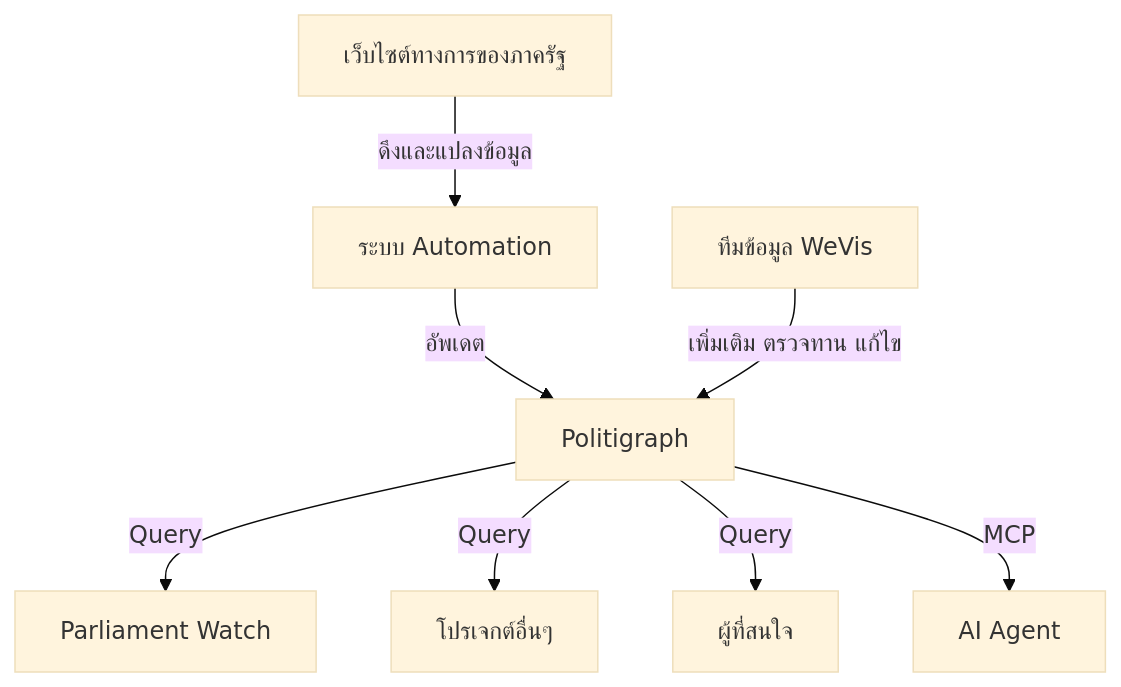
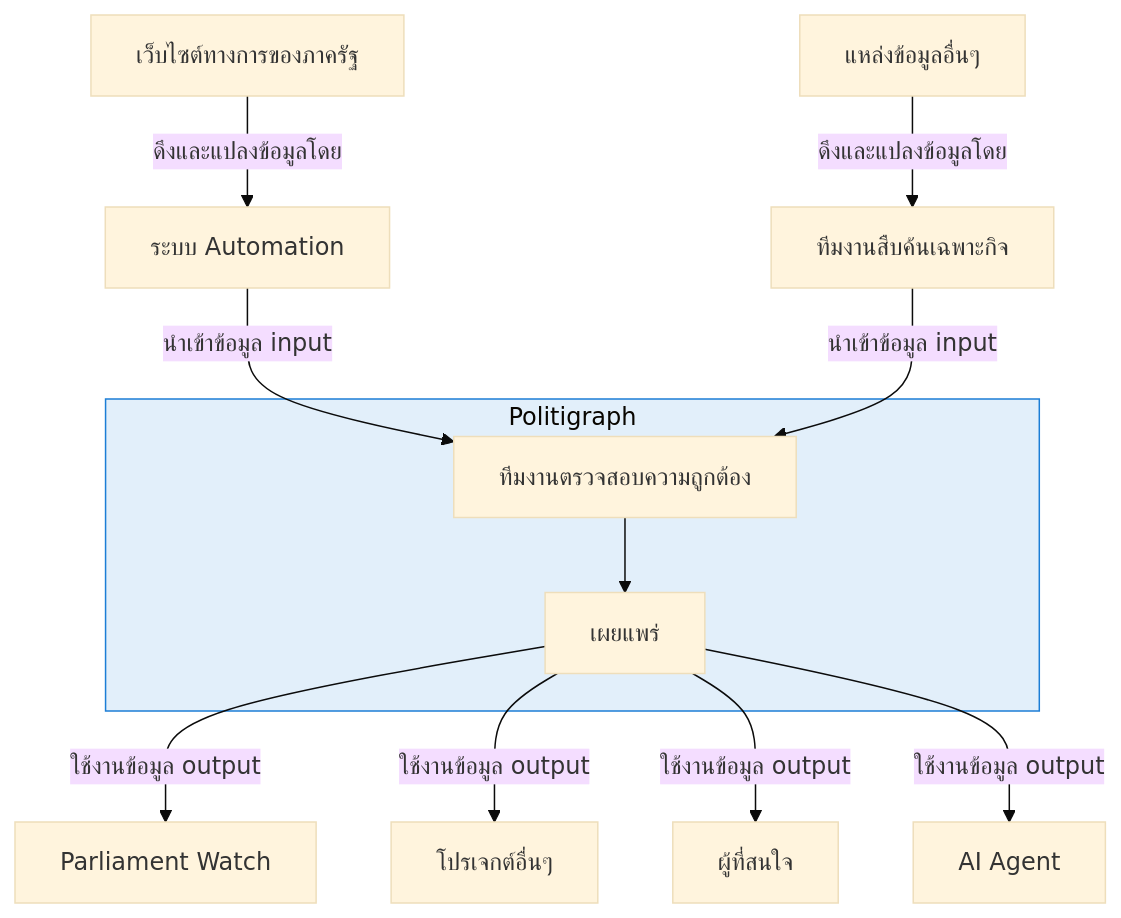
One commit to wevisdemo/politigraph changed the first of 2 diagrams in apps/docs/src/content/docs/getting-started/index.mdx. Above: the diagram before and after it, drawn with Mermaid (base theme). The commit also changed other lines of this file and 20 other files, not shown here.

Commit message:
feat(docs): document data sources, GraphQL Playground, and AI usage flows

````diff
--- a/apps/docs/src/content/docs/getting-started/index.mdx
+++ b/apps/docs/src/content/docs/getting-started/index.mdx
@@ -24,10 +27,19 @@
 ```mermaid
 graph TD
-  A[เว็บไซต์ทางการของภาครัฐ] -->|ดึงและแปลงข้อมูล| B[ระบบ Automation]
-  B -->|อัพเดต| C[Politigraph]
-  D[ทีมข้อมูล WeVis] -->|เพิ่มเติม ตรวจทาน แก้ไข| C
-  C -->|Query| E[Parliament Watch]
-  C -->|Query| F[โปรเจกต์อื่นๆ]
-  C -->|Query| G[ผู้ที่สนใจ]
-  C -->|MCP| H[AI Agent]
+  A[เว็บไซต์ทางการของภาครัฐ] -->|ดึงและแปลงข้อมูลโดย| B[ระบบ Automation]
+  D[แหล่งข้อมูลอื่นๆ] -->|ดึงและแปลงข้อมูลโดย| E[ทีมงานสืบค้นเฉพาะกิจ]
+
+  B -->|นำเข้าข้อมูล input| F
+  E -->|นำเข้าข้อมูล input| F
+
+  subgraph P[Politigraph]
+    F[ทีมงานตรวจสอบความถูกต้อง] --> G[เผยแพร่]
+  end
+
+  G -->|ใช้งานข้อมูล output| H[Parliament Watch]
+  G -->|ใช้งานข้อมูล output| I[โปรเจกต์อื่นๆ]
+  G -->|ใช้งานข้อมูล output| J[ผู้ที่สนใจ]
+  G -->|ใช้งานข้อมูล output| K[AI Agent]
+
+  style P fill:#1c7ed620,stroke:#1c7ed6,stroke-width:1px
 ```
````
